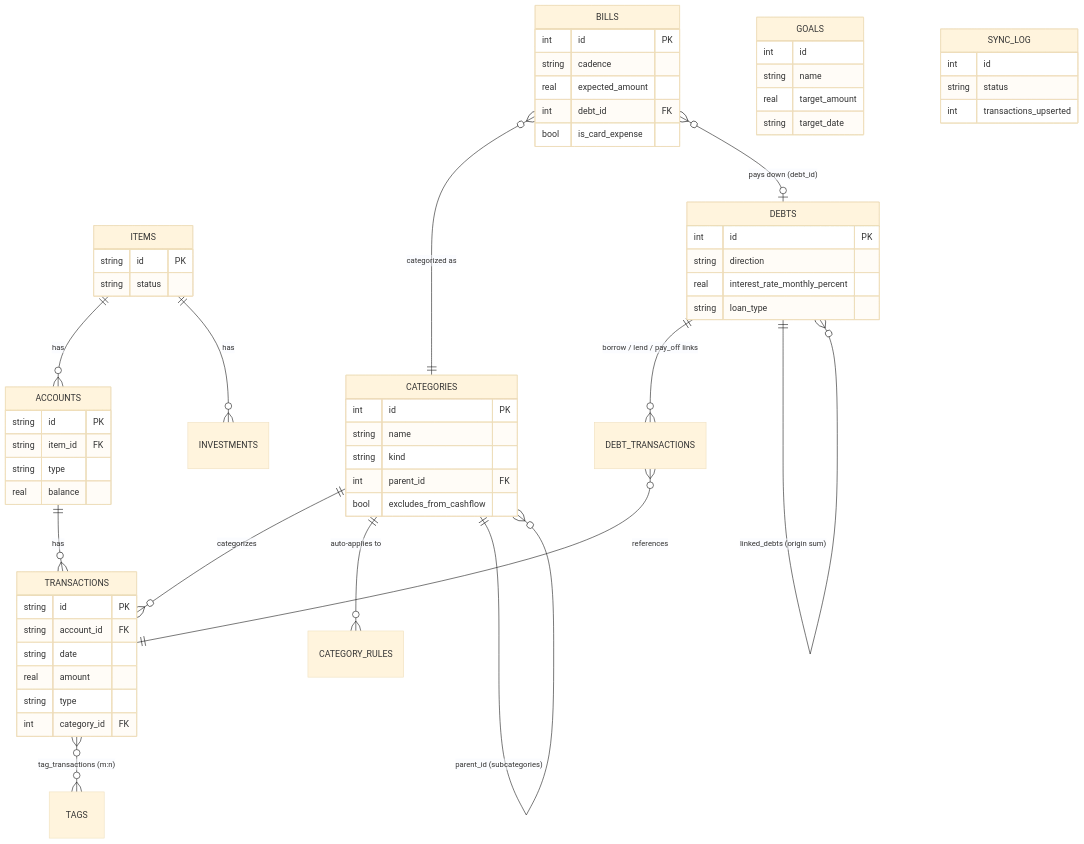
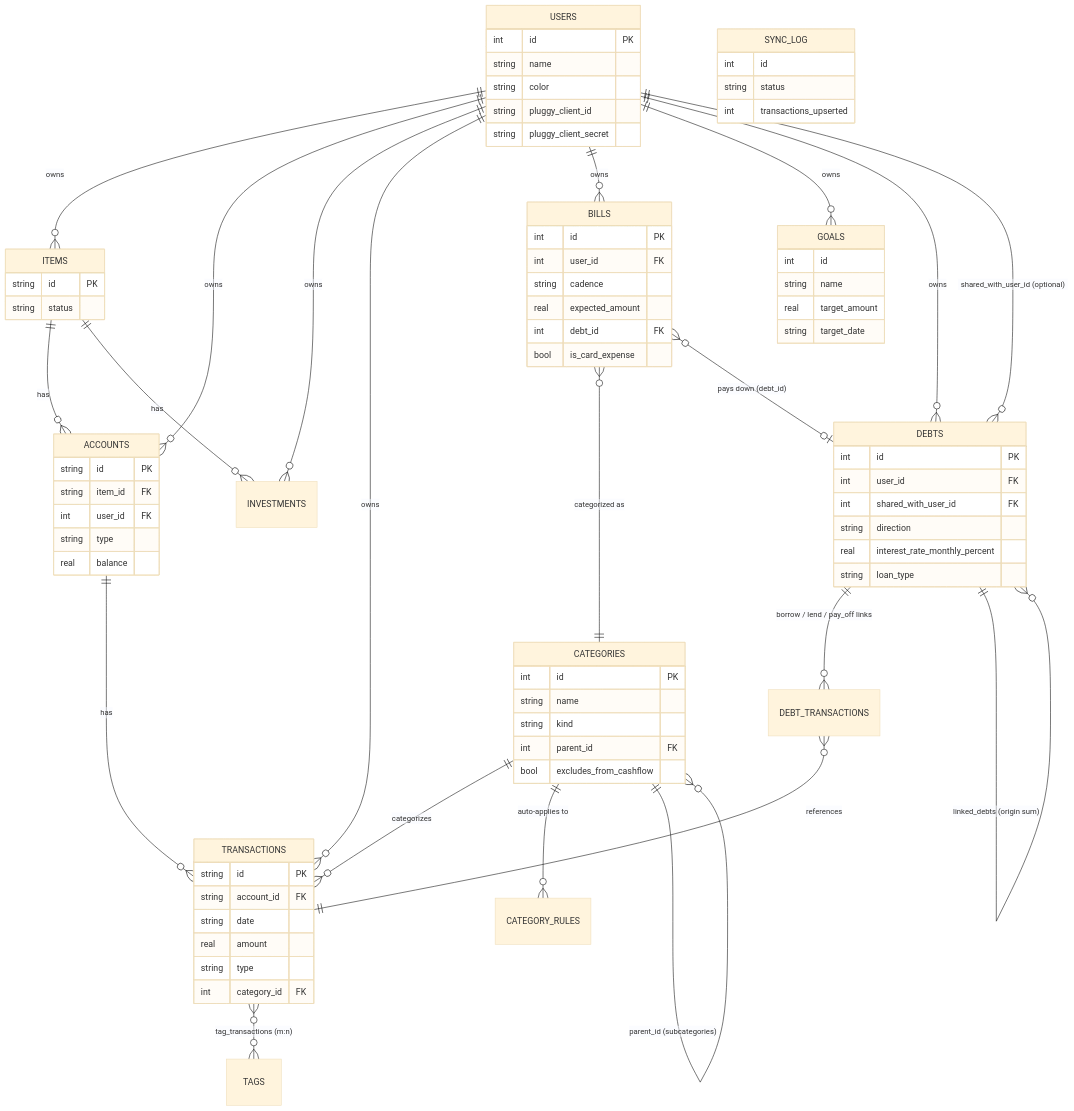
Before and after one commit to Botelho31/copiloto-financeiro: the fifth of 7 diagrams in ARCHITECTURE.md, drawn with Mermaid (base theme). The commit also changed other lines of this file and 2 other files, not shown here.

````diff
--- a/ARCHITECTURE.md
+++ b/ARCHITECTURE.md
@@ -154,5 +161,13 @@
 ```mermaid
 erDiagram
+    USERS ||--o{ ITEMS : owns
+    USERS ||--o{ ACCOUNTS : owns
+    USERS ||--o{ INVESTMENTS : owns
+    USERS ||--o{ TRANSACTIONS : owns
+    USERS ||--o{ BILLS : owns
+    USERS ||--o{ GOALS : owns
+    USERS ||--o{ DEBTS : owns
+    USERS ||--o{ DEBTS : "shared_with_user_id (optional)"
     ITEMS ||--o{ ACCOUNTS : has
     ITEMS ||--o{ INVESTMENTS : has
     ACCOUNTS ||--o{ TRANSACTIONS : has
@@ -177,6 +192,13 @@
         int transactions_upserted
     }
 
+    USERS {
+        int id PK
+        string name
+        string color
+        string pluggy_client_id
+        string pluggy_client_secret
+    }
     ITEMS {
         string id PK
         string status
@@ -184,6 +206,7 @@
     ACCOUNTS {
         string id PK
         string item_id FK
+        int user_id FK
         string type
         real balance
     }
@@ -204,6 +227,7 @@
     }
     BILLS {
         int id PK
+        int user_id FK
         string cadence
         real expected_amount
         int debt_id FK
@@ -211,6 +235,8 @@
     }
     DEBTS {
         int id PK
+        int user_id FK
+        int shared_with_user_id FK
         string direction
         real interest_rate_monthly_percent
         string loan_type
````
